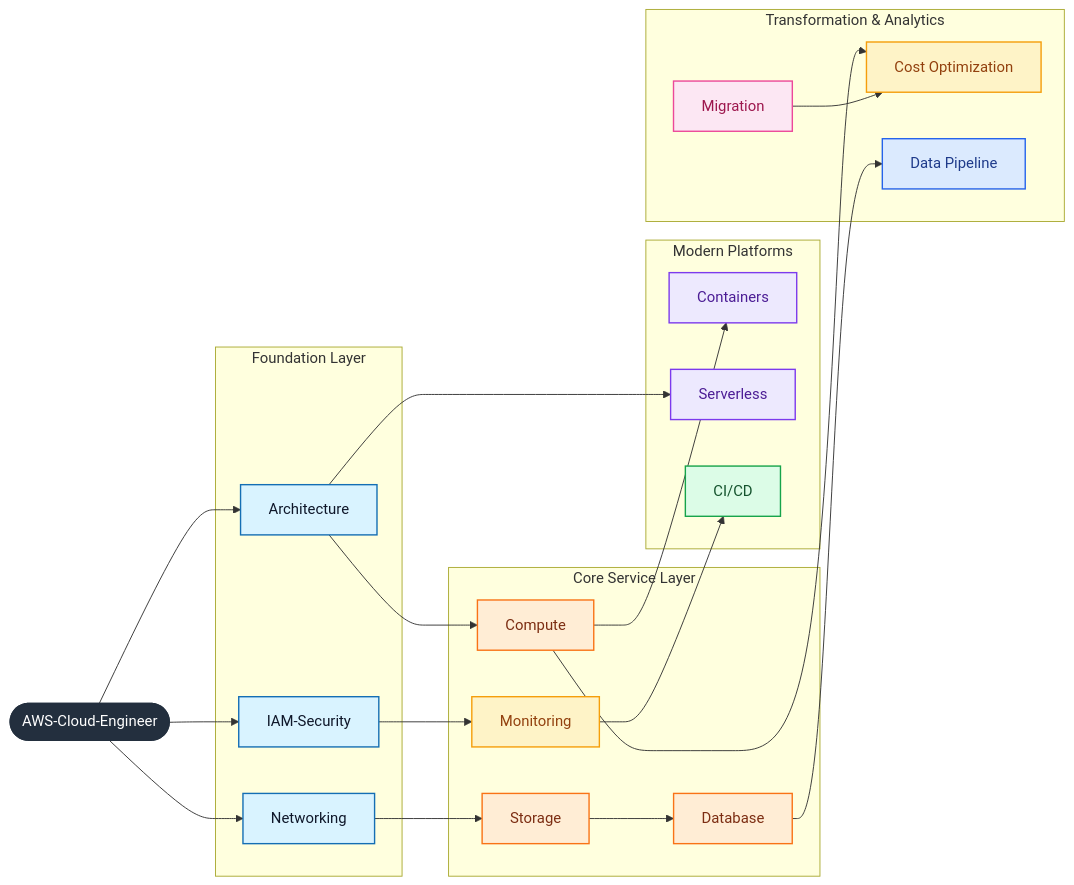
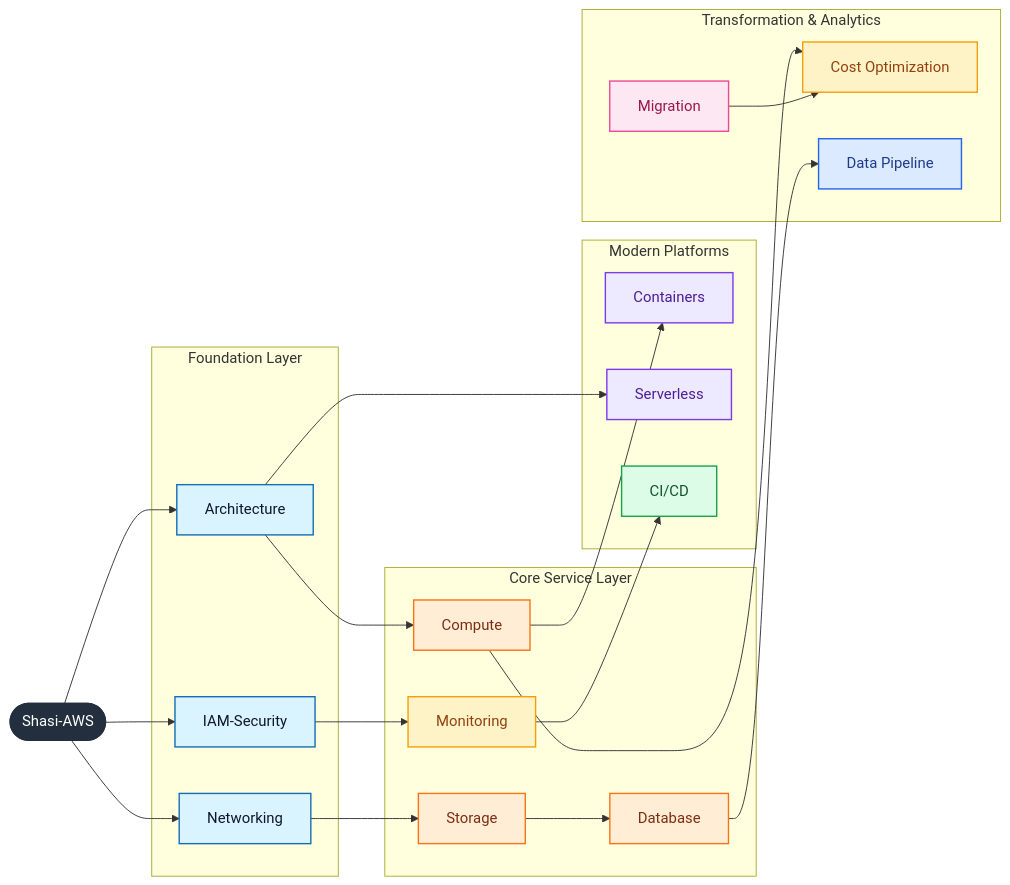
One commit to ShasidharReddy/AWS-Cloud-Engineer changed the first of 2 diagrams in README.md. Above: the diagram before and after it, drawn with Mermaid. The commit also changed other lines of this file and 8 other files, not shown here.

First line of the commit message:
feat: rebrand to Shasi-AWS, add missing services & LB traffic switching guide

````diff
--- a/README.md
+++ b/README.md
@@ -30,43 +42,43 @@
 ```mermaid
 flowchart LR
-    Hub([AWS-Cloud-Engineer]):::hub
+    Hub([Shasi-AWS]):::hub
     subgraph Foundation_Layer[Foundation Layer]
         Architecture[Architecture]:::foundation
         Networking[Networking]:::foundation
         IAM[IAM-Security]:::foundation
     end
     subgraph Core_Service_Layer[Core Service Layer]
         Compute[Compute]:::core
         Storage[Storage]:::core
         Database[Database]:::core
         Monitoring[Monitoring]:::ops
     end
     subgraph Modern_Platforms[Modern Platforms]
         Containers[Containers]:::modern
         Serverless[Serverless]:::modern
         CICD[CI/CD]:::delivery
     end
     subgraph Transformation_Analytics[Transformation & Analytics]
         Migration[Migration]:::migration
         Cost[Cost Optimization]:::ops
         Data[Data Pipeline]:::data
     end
     Hub --> Architecture
     Hub --> Networking
     Hub --> IAM
     Architecture --> Compute --> Containers
     Architecture --> Serverless
     Networking --> Storage --> Database
     IAM --> Monitoring --> CICD
     Compute --> Cost
     Database --> Data
     Migration --> Cost
     classDef hub fill:#232F3E,color:#ffffff,stroke:#232F3E,stroke-width:2px;
     classDef foundation fill:#D9F3FF,color:#0F172A,stroke:#146EB4,stroke-width:1.5px;
     classDef core fill:#FFEDD5,color:#7C2D12,stroke:#F97316,stroke-width:1.5px;
     classDef modern fill:#EDE9FE,color:#4C1D95,stroke:#7C3AED,stroke-width:1.5px;
     classDef delivery fill:#DCFCE7,color:#14532D,stroke:#16A34A,stroke-width:1.5px;
     classDef data fill:#DBEAFE,color:#1E3A8A,stroke:#2563EB,stroke-width:1.5px;
     classDef migration fill:#FCE7F3,color:#9D174D,stroke:#EC4899,stroke-width:1.5px;
     classDef ops fill:#FEF3C7,color:#92400E,stroke:#F59E0B,stroke-width:1.5px;
 ```
````
